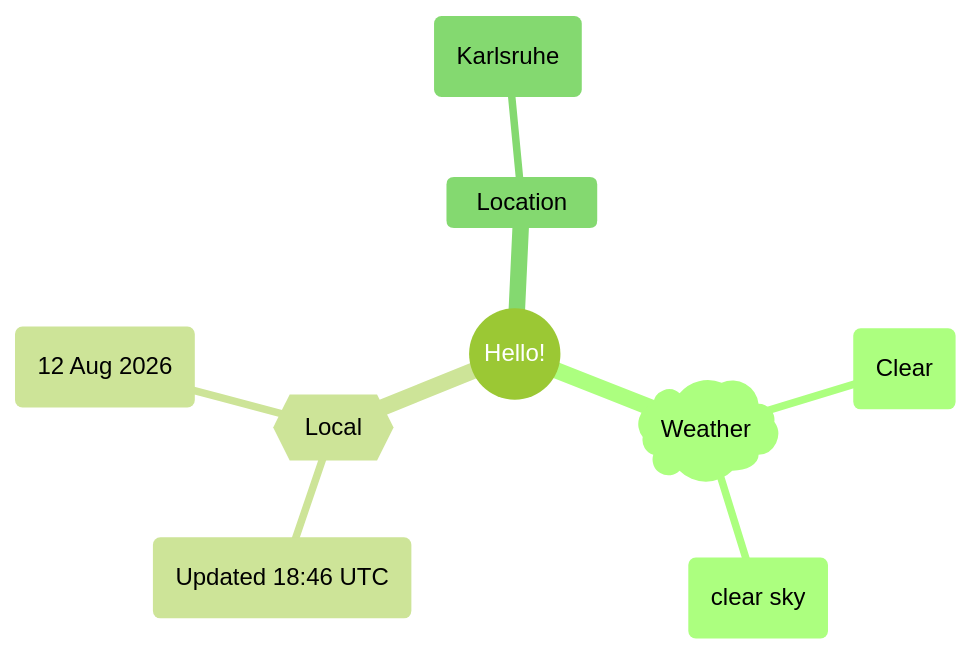
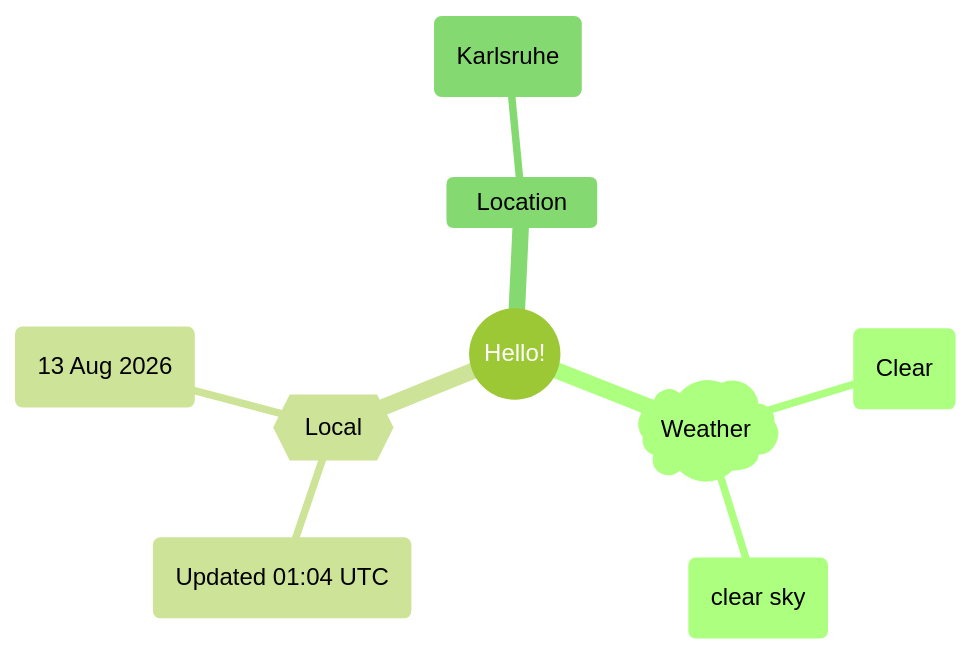
The first of 2 diagrams in README.md (Xosrov/Xosrov), drawn with Mermaid (forest theme) before and after one commit.

Commit message:
[bot] updated images

````diff
--- a/README.md
+++ b/README.md
@@ -3,12 +3,12 @@
 ```mermaid
 mindmap
   root((Hello!))
     )Weather(
         (Clear)
         (clear sky)
     {{Local}}
-        (Updated 18:46 UTC)
-        (12 Aug 2026)
+        (Updated 01:04 UTC)
+        (13 Aug 2026)
     Location
         (Karlsruhe)
 ```
````
